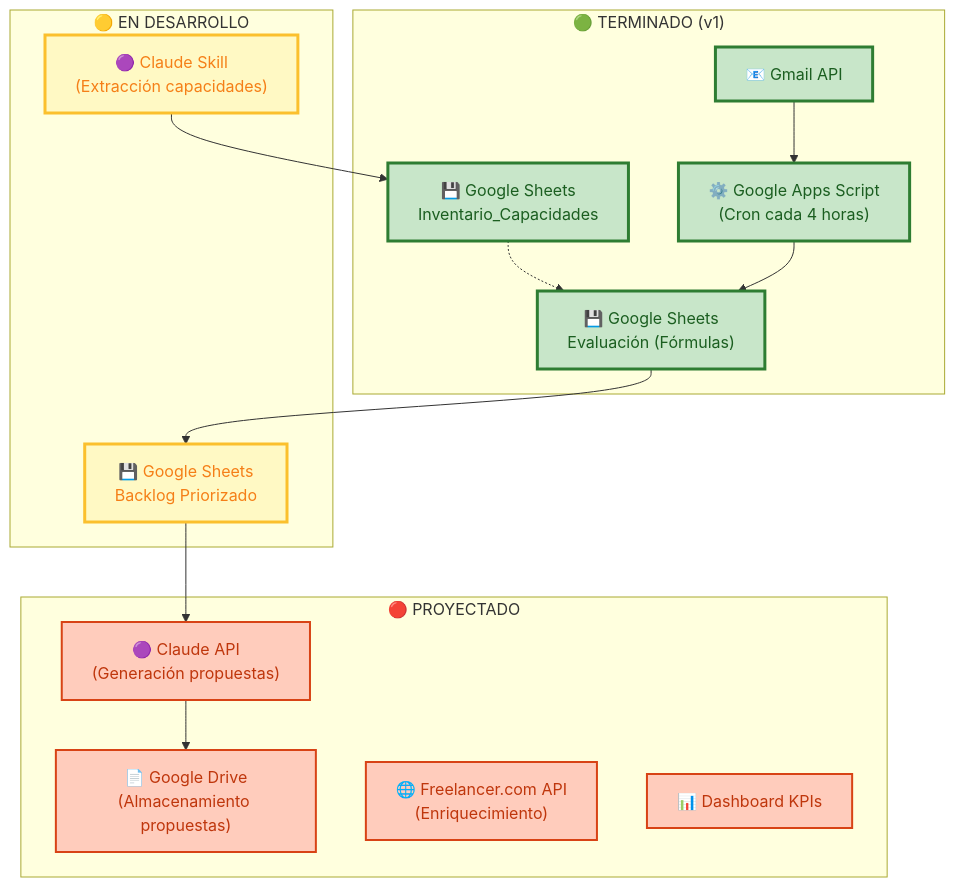
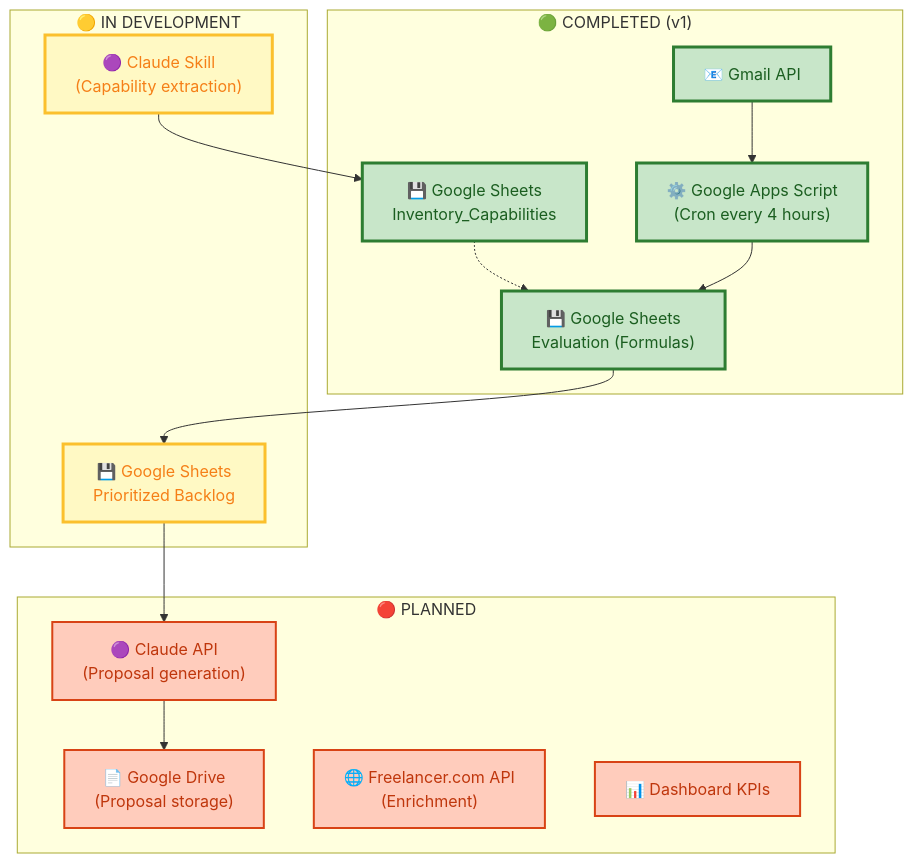
The second of 4 diagrams in docs/vistas/componentes_tecnologicos.md (yadenispinero/Leads-auto), drawn with Mermaid before and after one commit. The commit also changed other lines of this file, not shown here.

First line of the commit message:
docs: Translate all diagrams and content to English

````diff
--- a/docs/vistas/componentes_tecnologicos.md
+++ b/docs/vistas/componentes_tecnologicos.md
@@ -114,37 +114,37 @@
 ```mermaid
 graph TB
-    subgraph "🟢 TERMINADO (v1)"
+    subgraph "🟢 COMPLETED (v1)"
         T1["📧 Gmail API"]
-        T2["💾 Google Sheets<br/>Inventario_Capacidades"]
-        T3["⚙️ Google Apps Script<br/>(Cron cada 4 horas)"]
-        T4["💾 Google Sheets<br/>Evaluación (Fórmulas)"]
+        T2["💾 Google Sheets<br/>Inventory_Capabilities"]
+        T3["⚙️ Google Apps Script<br/>(Cron every 4 hours)"]
+        T4["💾 Google Sheets<br/>Evaluation (Formulas)"]
     end
 
-    subgraph "🟡 EN DESARROLLO"
-        D1["💾 Google Sheets<br/>Backlog Priorizado"]
-        D2["🟣 Claude Skill<br/>(Extracción capacidades)"]
+    subgraph "🟡 IN DEVELOPMENT"
+        D1["💾 Google Sheets<br/>Prioritized Backlog"]
+        D2["🟣 Claude Skill<br/>(Capability extraction)"]
     end
 
-    subgraph "🔴 PROYECTADO"
-        P1["🟣 Claude API<br/>(Generación propuestas)"]
-        P2["📄 Google Drive<br/>(Almacenamiento propuestas)"]
-        P3["🌐 Freelancer.com API<br/>(Enriquecimiento)"]
+    subgraph "🔴 PLANNED"
+        P1["🟣 Claude API<br/>(Proposal generation)"]
+        P2["📄 Google Drive<br/>(Proposal storage)"]
+        P3["🌐 Freelancer.com API<br/>(Enrichment)"]
         P4["📊 Dashboard KPIs"]
     end
 
     T1 --> T3
     T2 -.-> T4
     T3 --> T4
     T4 --> D1
     D2 --> T2
     D1 --> P1
     P1 --> P2
 
     classDef terminado fill:#c8e6c9,stroke:#2e7d32,stroke-width:3px,color:#1b5e20
     classDef desarrollo fill:#fff9c4,stroke:#fbc02d,stroke-width:3px,color:#f57f17
     classDef proyectado fill:#ffccbc,stroke:#d84315,stroke-width:2px,color:#bf360c
 
     class T1,T2,T3,T4 terminado
     class D1,D2 desarrollo
     class P1,P2,P3,P4 proyectado
 ```
````
